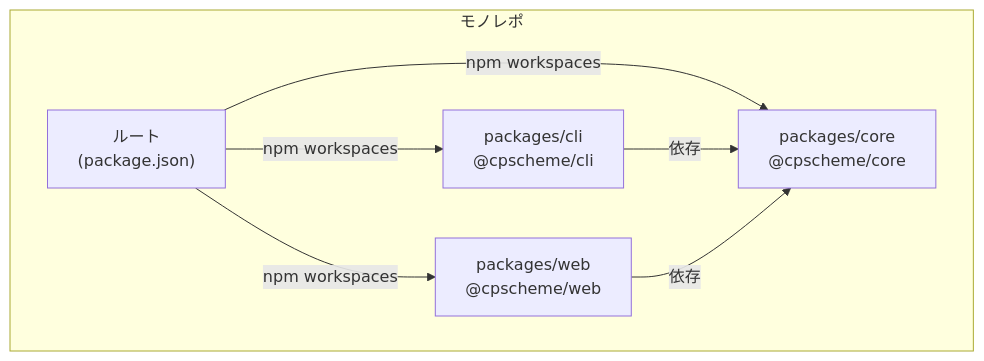
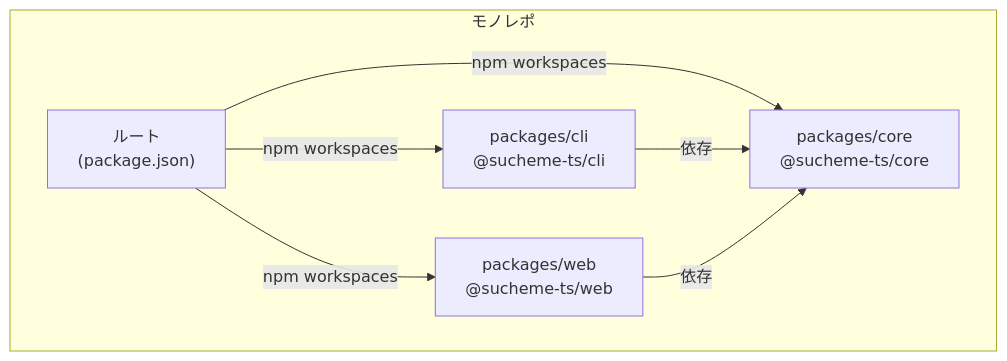
One commit to suchi/sucheme-ts changed the second of 6 diagrams in docs/ONBOARDING.md. Above: the diagram before and after it, drawn with Mermaid. The commit also changed other lines of this file and 37 other files, not shown here.

````diff
--- a/docs/ONBOARDING.md
+++ b/docs/ONBOARDING.md
@@ -136,14 +136,14 @@
 ```mermaid
 graph TD
     subgraph モノレポ
         root["ルート\n(package.json)"]
-        core["packages/core\n@cpscheme/core"]
-        cli["packages/cli\n@cpscheme/cli"]
-        web["packages/web\n@cpscheme/web"]
+        core["packages/core\n@sucheme-ts/core"]
+        cli["packages/cli\n@sucheme-ts/cli"]
+        web["packages/web\n@sucheme-ts/web"]
     end
     root -- "npm workspaces" --> core
     root -- "npm workspaces" --> cli
     root -- "npm workspaces" --> web
     cli -- "依存" --> core
     web -- "依存" --> core
 ```
````
